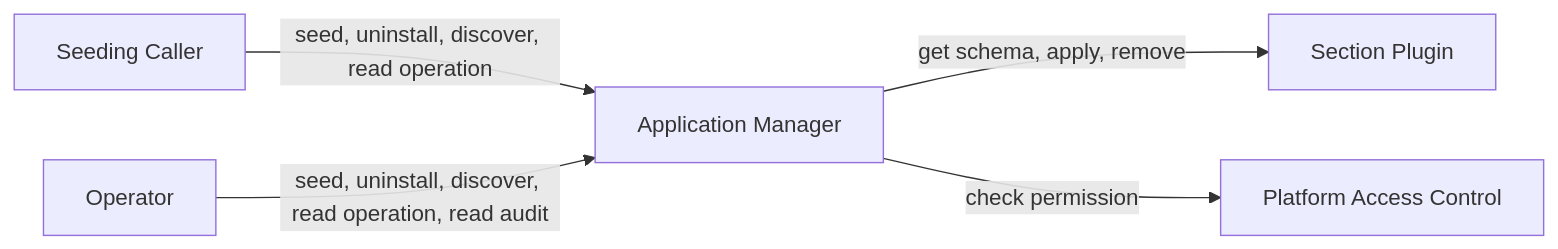
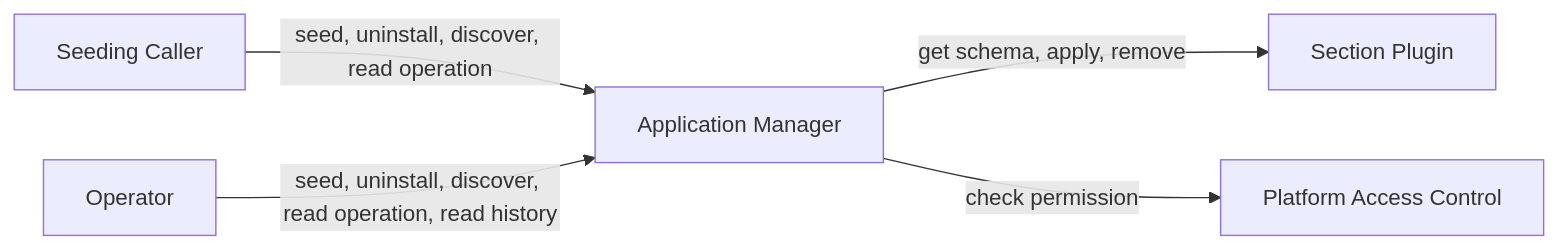
One commit to constructorfabric/gears-rust changed the diagram in gears/system/application-manager/docs/PRD.md. Above: the diagram before and after it, drawn with Mermaid. The commit also changed other lines of this file and 4 other files, not shown here.

Commit message:
Rename audit ledger to request history

````diff
--- a/gears/system/application-manager/docs/PRD.md
+++ b/gears/system/application-manager/docs/PRD.md
@@ -170,7 +170,7 @@
 ```mermaid
 flowchart LR
     SC["Seeding Caller"] -->|"seed, uninstall, discover, read operation"| AM["Application Manager"]
-    OP["Operator"] -->|"seed, uninstall, discover, read operation, read audit"| AM
+    OP["Operator"] -->|"seed, uninstall, discover, read operation, read history"| AM
     AM -->|"get schema, apply, remove"| SP["Section Plugin"]
     AM -->|"check permission"| PAC["Platform Access Control"]
 ```
````
